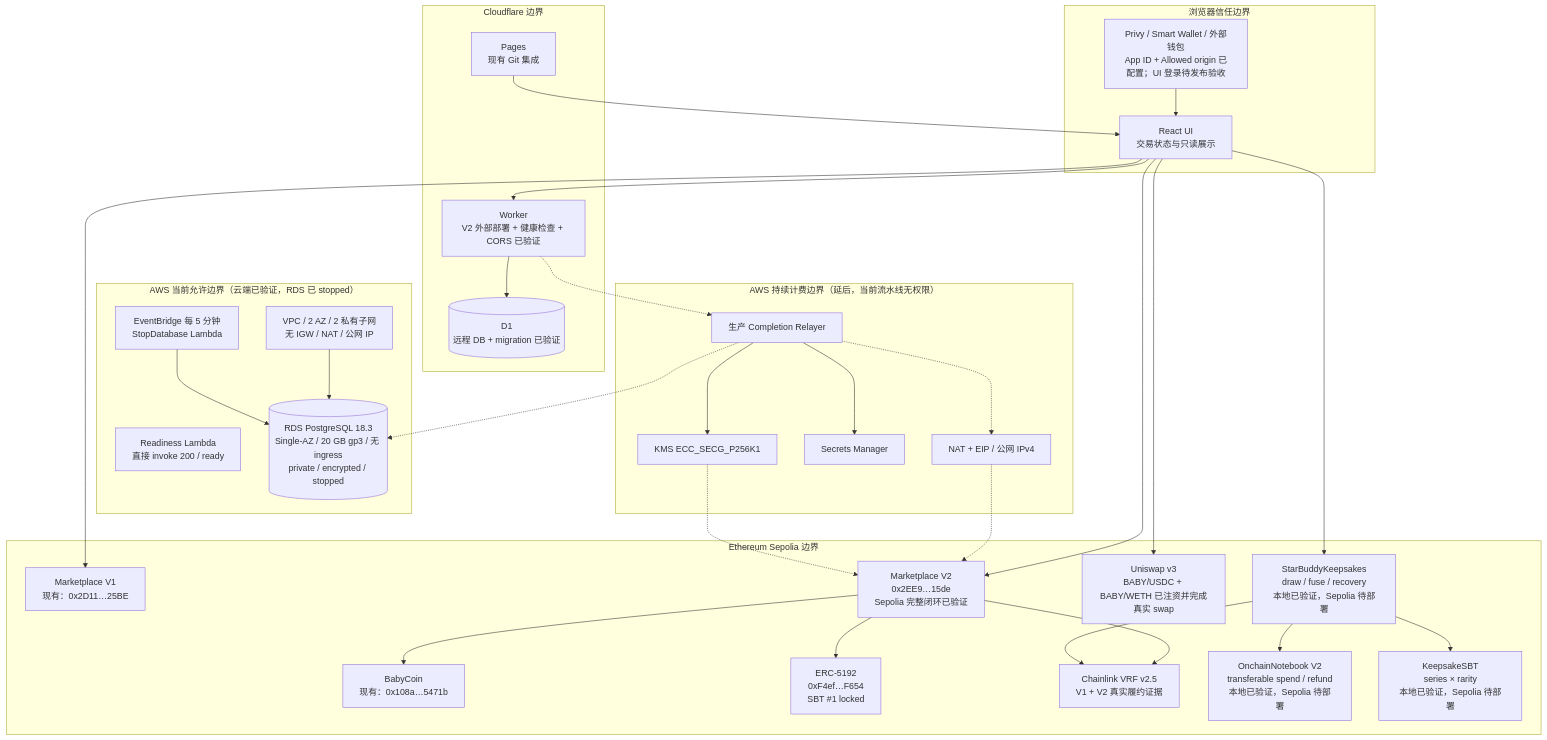
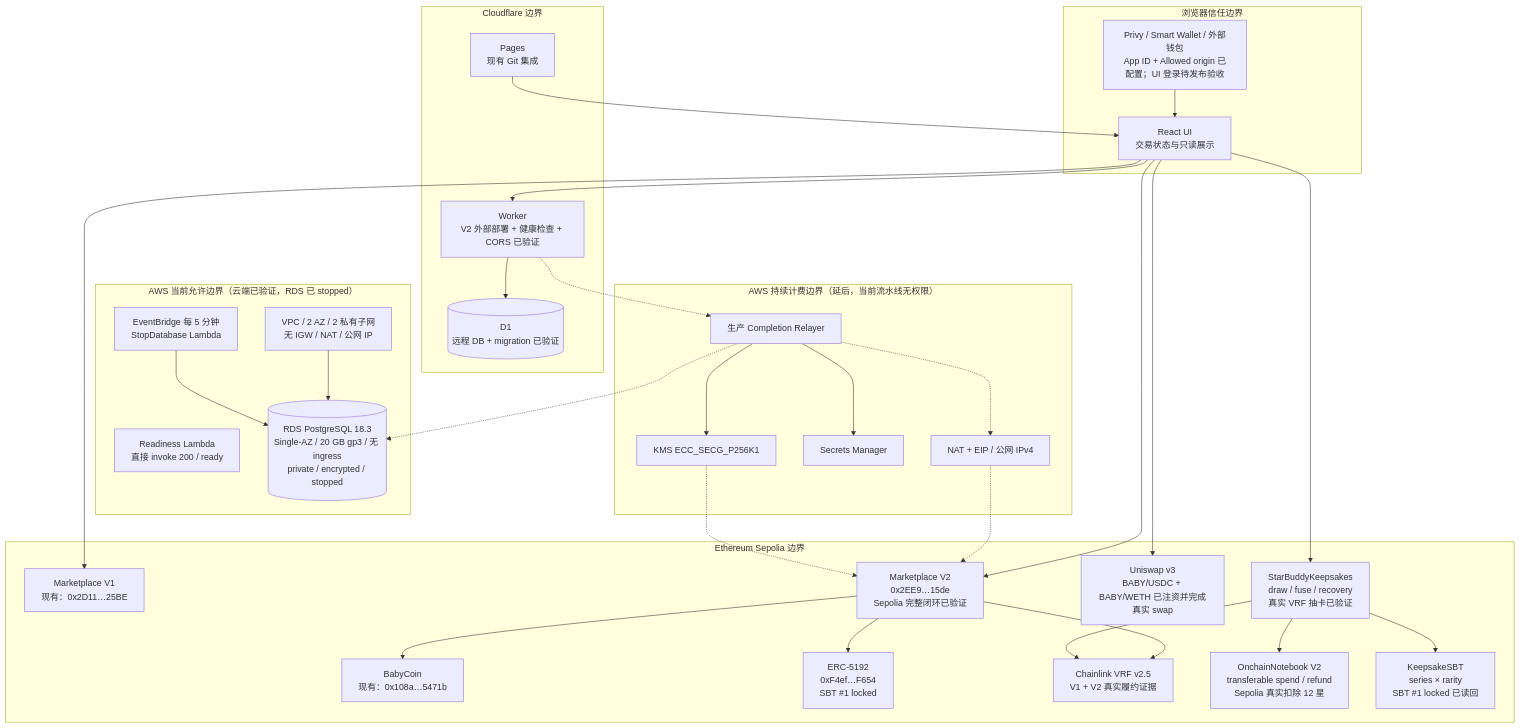
Before and after one commit to Tiancheng-Xu/babysteps: the fourth of 9 diagrams in docs/architecture/starbuddy-web3-architecture.mmd, drawn with Mermaid. The commit also changed other lines of this file and 37 other files, not shown here.

First line of the commit message:
feat: verify StarBuddy Sepolia keepsakes (#20)

````diff
--- a/docs/architecture/starbuddy-web3-architecture.mmd
+++ b/docs/architecture/starbuddy-web3-architecture.mmd
@@ -96,57 +96,57 @@
 ```mermaid
 flowchart TB
     subgraph browser["浏览器信任边界"]
         ui["React UI<br/>交易状态与只读展示"]
         wallet["Privy / Smart Wallet / 外部钱包<br/>App ID + Allowed origin 已配置；UI 登录待发布验收"]
     end
     subgraph cloudflare["Cloudflare 边界"]
         pages["Pages<br/>现有 Git 集成"]
         worker2["Worker<br/>V2 外部部署 + 健康检查 + CORS 已验证"]
         d12[("D1<br/>远程 DB + migration 已验证")]
     end
     subgraph ethereum["Ethereum Sepolia 边界"]
         baby["BabyCoin<br/>现有：0x108a…5471b"]
         oldMarket["Marketplace V1<br/>现有：0x2D11…25BE"]
     newMarket["Marketplace V2<br/>0x2EE9…15de<br/>Sepolia 完整闭环已验证"]
         cert["ERC-5192<br/>0xF4ef…F654<br/>SBT #1 locked"]
         uni["Uniswap v3<br/>BABY/USDC + BABY/WETH 已注资并完成真实 swap"]
         chainlink["Chainlink VRF v2.5<br/>V1 + V2 真实履约证据"]
-        notebook2["OnchainNotebook V2<br/>transferable spend / refund<br/>本地已验证，Sepolia 待部署"]
-        keepsakeMarket["StarBuddyKeepsakes<br/>draw / fuse / recovery<br/>本地已验证，Sepolia 待部署"]
-        keepsakeToken["KeepsakeSBT<br/>series × rarity<br/>本地已验证，Sepolia 待部署"]
+        notebook2["OnchainNotebook V2<br/>transferable spend / refund<br/>Sepolia 真实扣除 12 星"]
+        keepsakeMarket["StarBuddyKeepsakes<br/>draw / fuse / recovery<br/>真实 VRF 抽卡已验证"]
+        keepsakeToken["KeepsakeSBT<br/>series × rarity<br/>SBT #1 locked 已读回"]
     end
     subgraph aws["AWS 当前允许边界（云端已验证，RDS 已 stopped）"]
         probe["Readiness Lambda<br/>直接 invoke 200 / ready"]
         subnets["VPC / 2 AZ / 2 私有子网<br/>无 IGW / NAT / 公网 IP"]
         stop["EventBridge 每 5 分钟<br/>StopDatabase Lambda"]
         db[("RDS PostgreSQL 18.3<br/>Single-AZ / 20 GB gp3 / 无 ingress<br/>private / encrypted / stopped")]
     end
     subgraph deferred["AWS 持续计费边界（延后，当前流水线无权限）"]
         relayer["生产 Completion Relayer"]
         nat["NAT + EIP / 公网 IPv4"]
         secrets["Secrets Manager"]
         key["KMS ECC_SECG_P256K1"]
     end
 
     pages --> ui
     wallet --> ui
     ui --> worker2 --> d12
     ui --> oldMarket
     ui --> newMarket
     ui --> uni
     newMarket --> baby
     newMarket --> cert
     newMarket --> chainlink
     ui --> keepsakeMarket
     keepsakeMarket --> notebook2
     keepsakeMarket --> chainlink
     keepsakeMarket --> keepsakeToken
     worker2 -.-> relayer
     subnets --> db
     stop --> db
     relayer -.-> db
     relayer --> secrets
     relayer --> key
     relayer -.-> nat -.-> newMarket
     key -.-> newMarket
 ```
````
